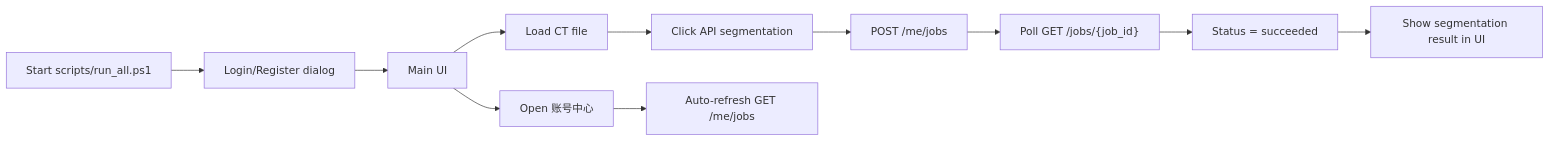
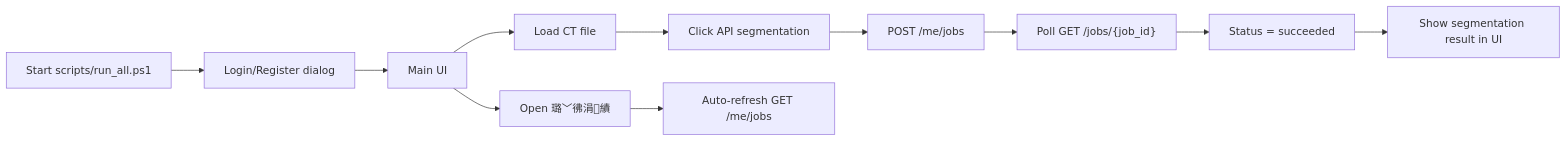
One commit to Ansel-Yu22/3DLiverTumorSegmentation changed the diagram in README.md. Above: the diagram before and after it, drawn with Mermaid. The commit also changed other lines of this file and 4 other files, not shown here.

````diff
--- a/README.md
+++ b/README.md
@@ -45,13 +45,13 @@
 ```mermaid
 flowchart LR
   A["Start scripts/run_all.ps1"] --> B["Login/Register dialog"]
   B --> C["Main UI"]
   C --> D["Load CT file"]
   D --> E["Click API segmentation"]
   E --> F["POST /me/jobs"]
   F --> G["Poll GET /jobs/{job_id}"]
   G --> H["Status = succeeded"]
   H --> I["Show segmentation result in UI"]
-  C --> J["Open 账号中心"]
+  C --> J["Open 璐﹀彿涓績"]
   J --> K["Auto-refresh GET /me/jobs"]
 ```
````
